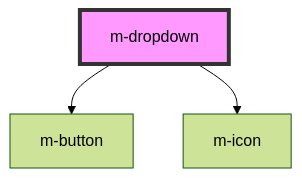
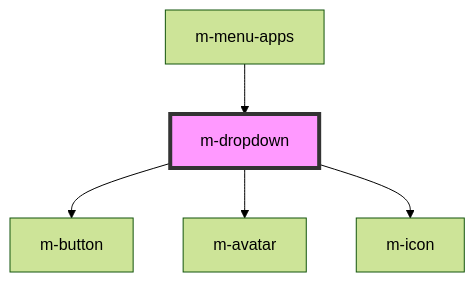
Before and after one commit to CESARBR/macaw: the diagram in src/components/m-dropdown/readme.md, drawn with Mermaid (forest theme). The commit also changed other lines of this file and 7 other files, not shown here.

Commit message:
1) Update automatic component readme.md docs; 2) Menu Apps: changed  button color to use color variable; 3) Menu Apps: changed icon fill to currentColor

````diff
--- a/src/components/m-dropdown/readme.md
+++ b/src/components/m-dropdown/readme.md
@@ -23,6 +35,8 @@
 ```mermaid
 graph TD;
   m-dropdown --> m-button
+  m-dropdown --> m-avatar
   m-dropdown --> m-icon
+  m-menu-apps --> m-dropdown
   style m-dropdown fill:#f9f,stroke:#333,stroke-width:4px
 ```
````
